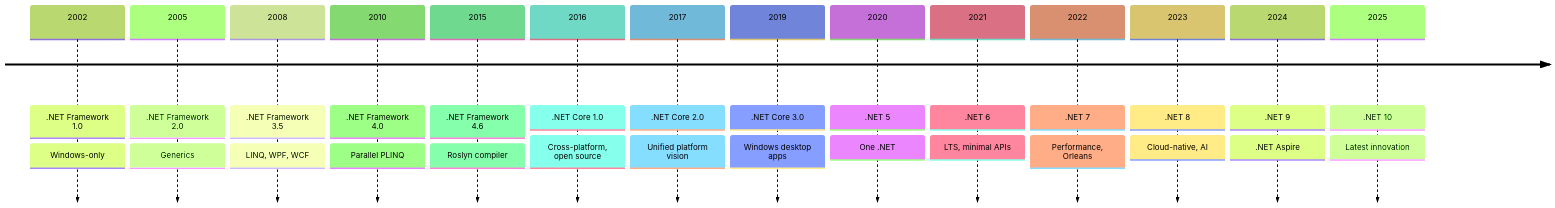
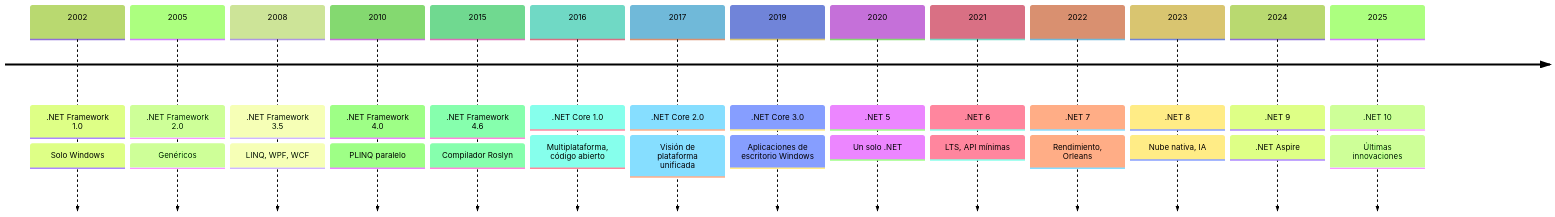
Before and after one commit to joseluisgs/DesarrolloWebEntornosServidor-01-2026-2027: the second of 4 diagrams in csharp_inicial/03-Introduccioncsharp.md, drawn with Mermaid (forest theme). The commit also changed other lines of this file and 77 other files, not shown here.

````diff
--- a/csharp_inicial/03-Introduccioncsharp.md
+++ b/csharp_inicial/03-Introduccioncsharp.md
@@ -76,31 +89,31 @@
 ```mermaid
 timeline
     2002 : .NET Framework 1.0
-           : Windows-only
+           : Solo Windows
     2005 : .NET Framework 2.0
-           : Generics
+           : Genéricos
     2008 : .NET Framework 3.5
            : LINQ, WPF, WCF
     2010 : .NET Framework 4.0
-           : Parallel PLINQ
+           : PLINQ paralelo
     2015 : .NET Framework 4.6
-           : Roslyn compiler
+           : Compilador Roslyn
     2016 : .NET Core 1.0
-           : Cross-platform, open source
+           : Multiplataforma, código abierto
     2017 : .NET Core 2.0
-           : Unified platform vision
+           : Visión de plataforma unificada
     2019 : .NET Core 3.0
-           : Windows desktop apps
+           : Aplicaciones de escritorio Windows
     2020 : .NET 5
-           : One .NET
+           : Un solo .NET
     2021 : .NET 6
-           : LTS, minimal APIs
+           : LTS, API mínimas
     2022 : .NET 7
-           : Performance, Orleans
+           : Rendimiento, Orleans
     2023 : .NET 8
-           : Cloud-native, AI
+           : Nube nativa, IA
     2024 : .NET 9
            : .NET Aspire
     2025 : .NET 10
-           : Latest innovation
+           : Últimas innovaciones
 ```
````
